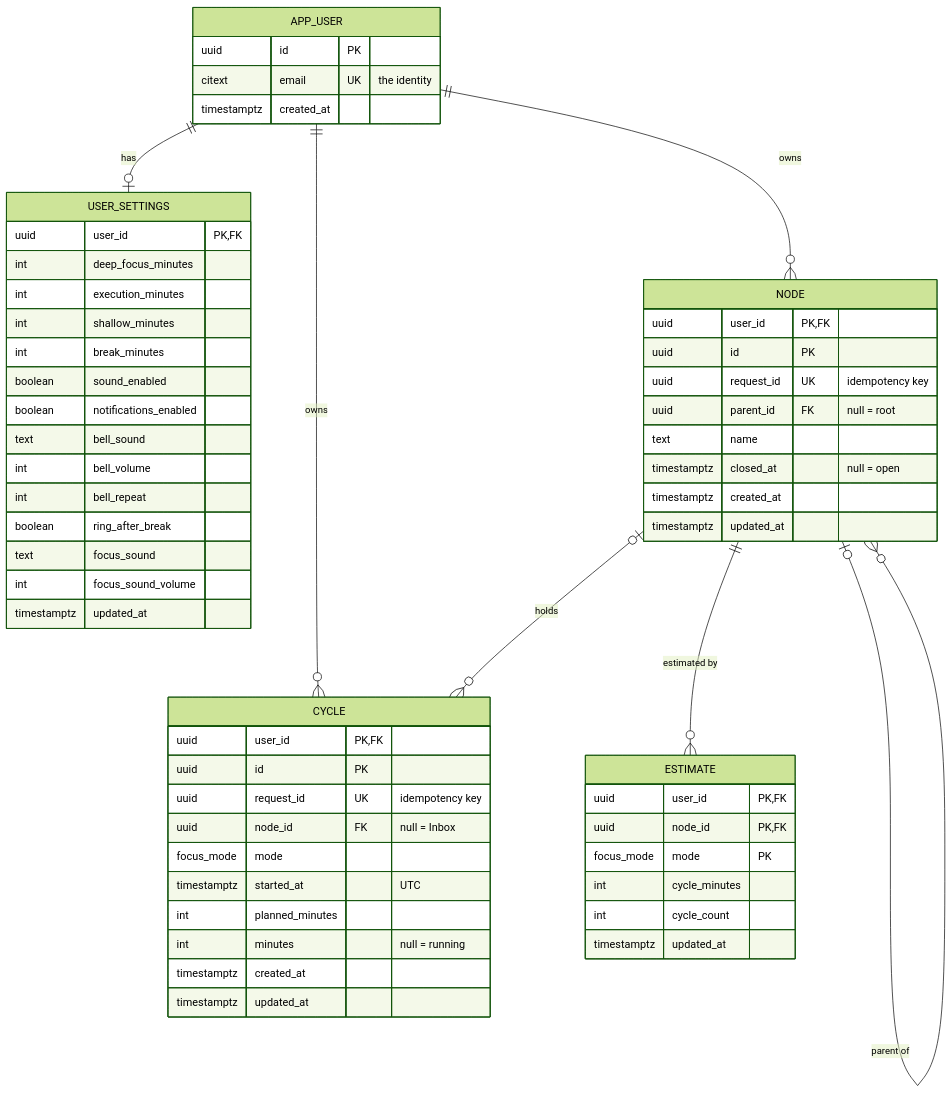
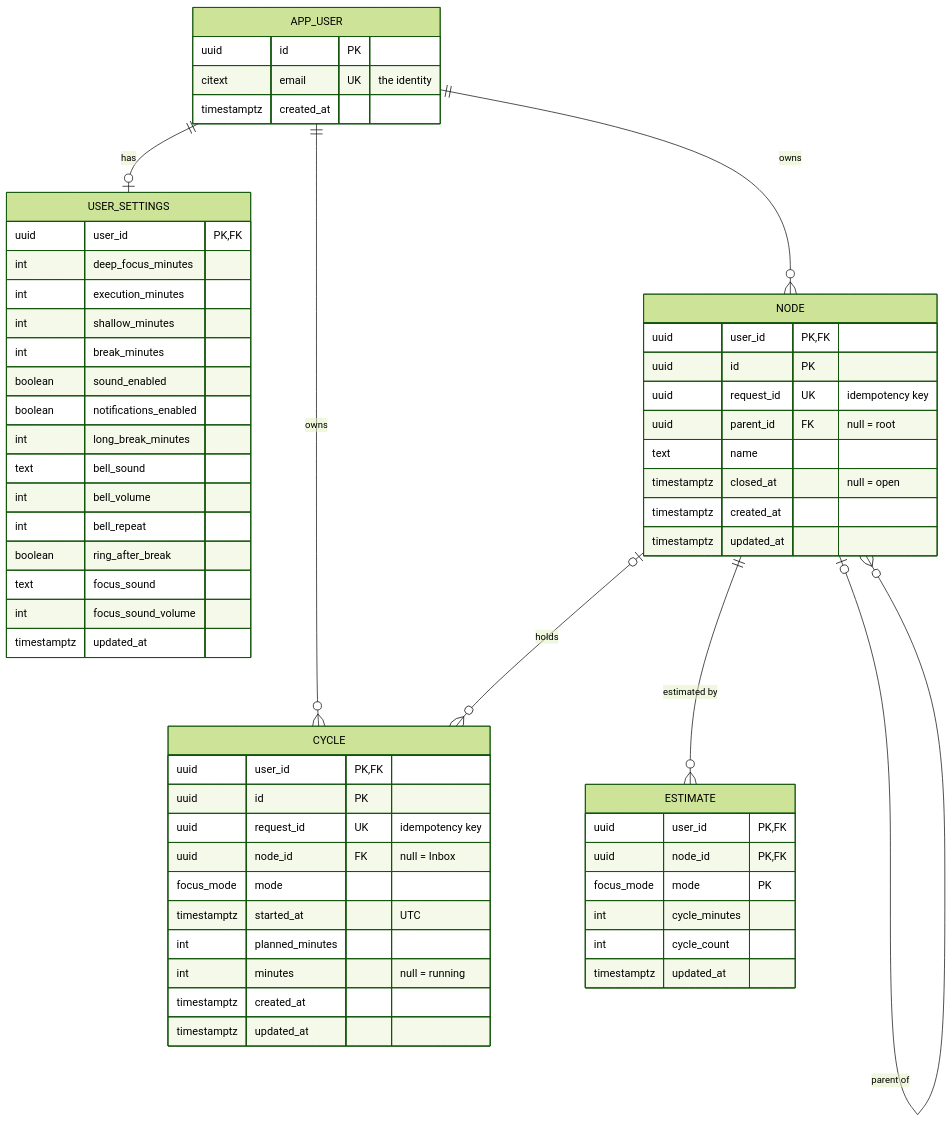
One commit to SaumyaKarnwal/focus-ledger changed the first of 2 diagrams in docs/schema.md. Above: the diagram before and after it, drawn with Mermaid (forest theme). The commit also changed other lines of this file and 4 other files, not shown here.

Commit message:
proposal: long_break_minutes back; no long_break_every

````diff
--- a/docs/schema.md
+++ b/docs/schema.md
@@ -45,61 +45,62 @@
 ```mermaid
 erDiagram
     APP_USER ||--o| USER_SETTINGS : "has"
     APP_USER ||--o{ NODE : "owns"
     APP_USER ||--o{ CYCLE : "owns"
     NODE |o--o{ NODE : "parent of"
     NODE |o--o{ CYCLE : "holds"
     NODE ||--o{ ESTIMATE : "estimated by"
 
     APP_USER {
         uuid id PK
         citext email UK "the identity"
         timestamptz created_at
     }
     USER_SETTINGS {
         uuid user_id PK, FK
         int deep_focus_minutes
         int execution_minutes
         int shallow_minutes
         int break_minutes
         boolean sound_enabled
         boolean notifications_enabled
+        int long_break_minutes
         text bell_sound
         int bell_volume
         int bell_repeat
         boolean ring_after_break
         text focus_sound
         int focus_sound_volume
         timestamptz updated_at
     }
     NODE {
         uuid user_id PK, FK
         uuid id PK
         uuid request_id UK "idempotency key"
         uuid parent_id FK "null = root"
         text name
         timestamptz closed_at "null = open"
         timestamptz created_at
         timestamptz updated_at
     }
     CYCLE {
         uuid user_id PK, FK
         uuid id PK
         uuid request_id UK "idempotency key"
         uuid node_id FK "null = Inbox"
         focus_mode mode
         timestamptz started_at "UTC"
         int planned_minutes
         int minutes "null = running"
         timestamptz created_at
         timestamptz updated_at
     }
     ESTIMATE {
         uuid user_id PK, FK
         uuid node_id PK, FK
         focus_mode mode PK
         int cycle_minutes
         int cycle_count
         timestamptz updated_at
     }
 ```
````
